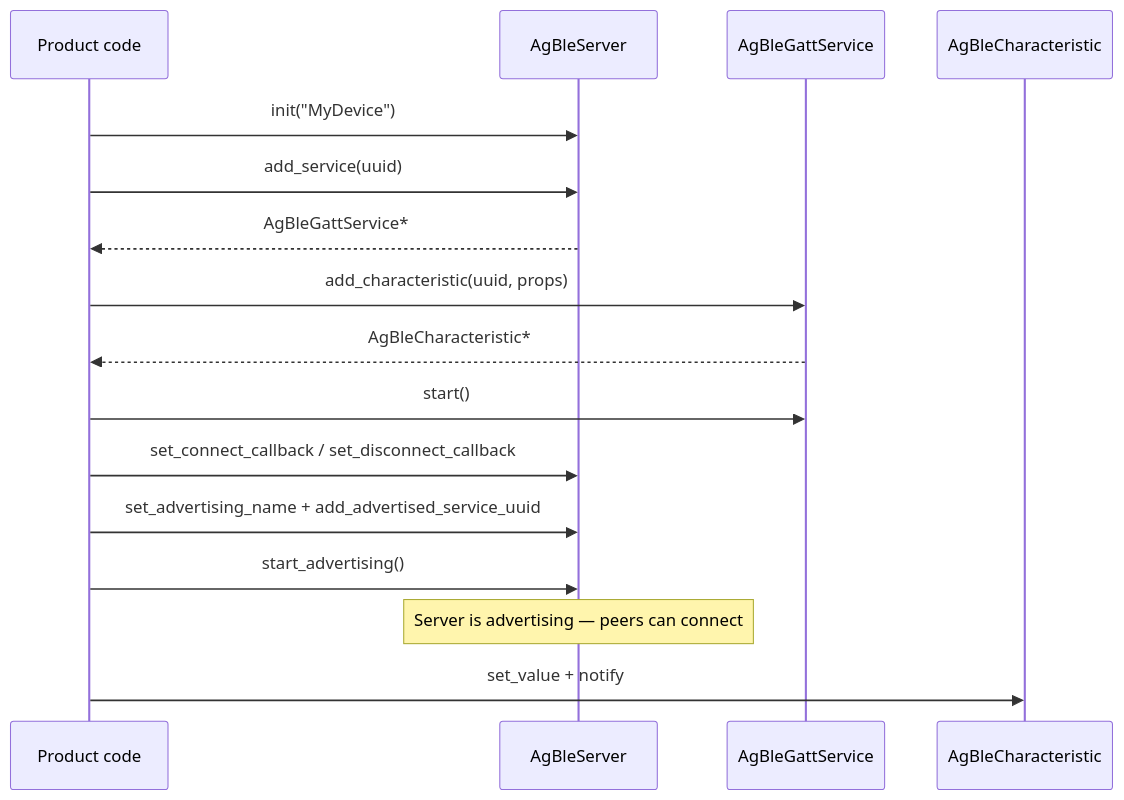
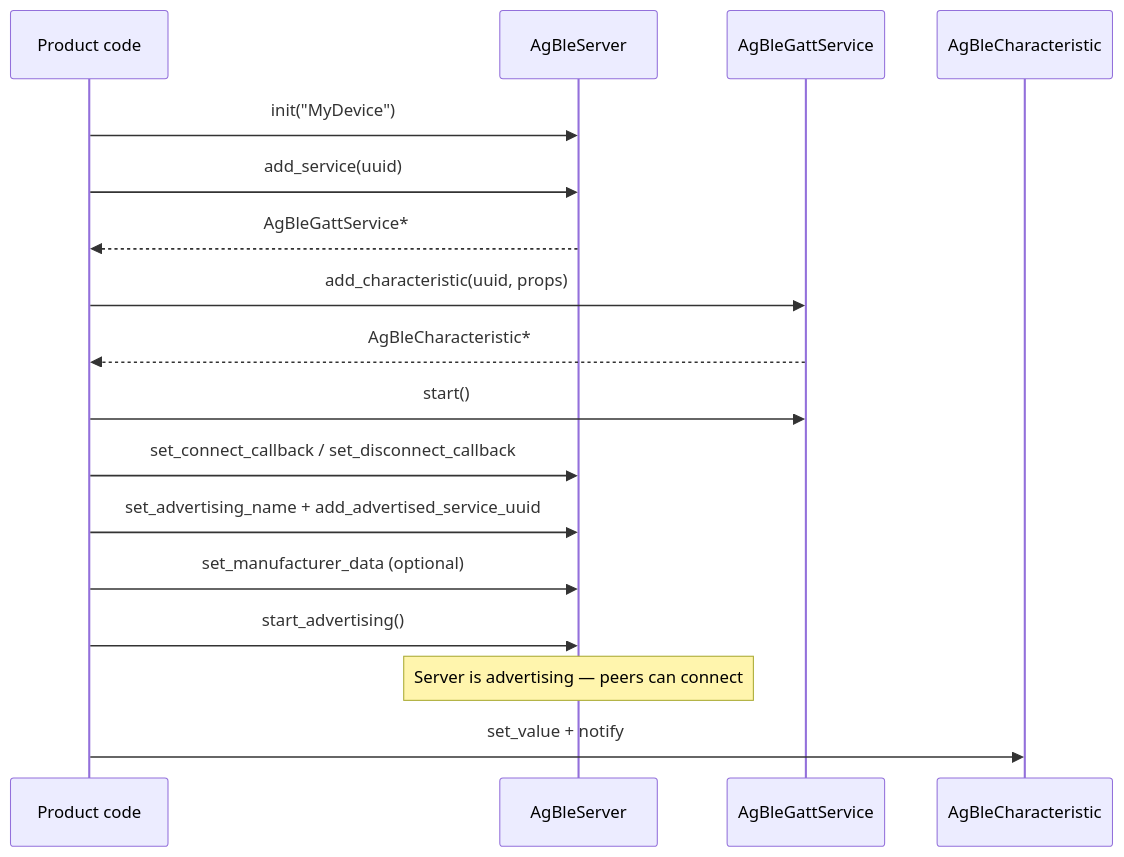
Before and after one commit to mattMRBH/firmware-core: the first of 2 diagrams in components/airgradient-ble/README.md, drawn with Mermaid. The commit also changed other lines of this file and 3 other files, not shown here.

First line of the commit message:
feat(ble): add set_manufacturer_data to HAL and NimBLE driver

````diff
--- a/components/airgradient-ble/README.md
+++ b/components/airgradient-ble/README.md
@@ -90,19 +92,20 @@
 ```mermaid
 sequenceDiagram
     participant App as Product code
     participant Server as AgBleServer
     participant Service as AgBleGattService
     participant Char as AgBleCharacteristic
 
     App->>Server: init("MyDevice")
     App->>Server: add_service(uuid)
     Server-->>App: AgBleGattService*
     App->>Service: add_characteristic(uuid, props)
     Service-->>App: AgBleCharacteristic*
     App->>Service: start()
     App->>Server: set_connect_callback / set_disconnect_callback
     App->>Server: set_advertising_name + add_advertised_service_uuid
+    App->>Server: set_manufacturer_data (optional)
     App->>Server: start_advertising()
     Note over Server: Server is advertising — peers can connect
     App->>Char: set_value + notify
 ```
````
